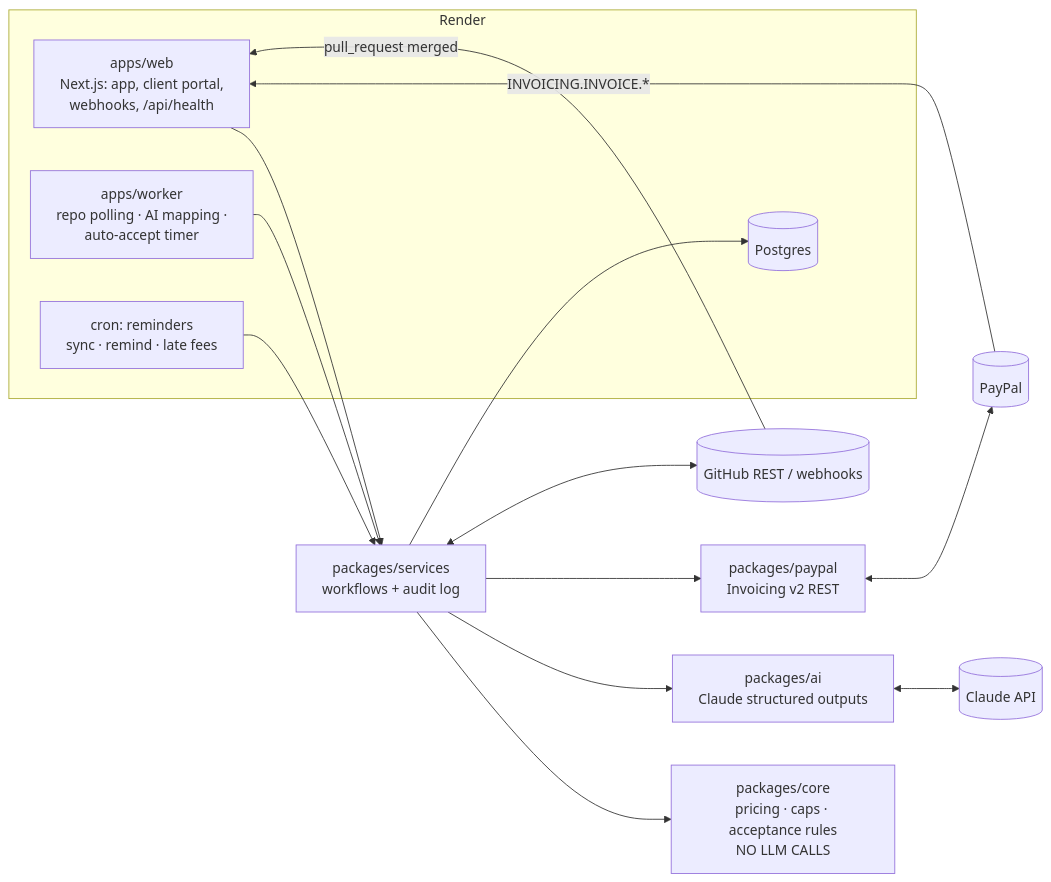
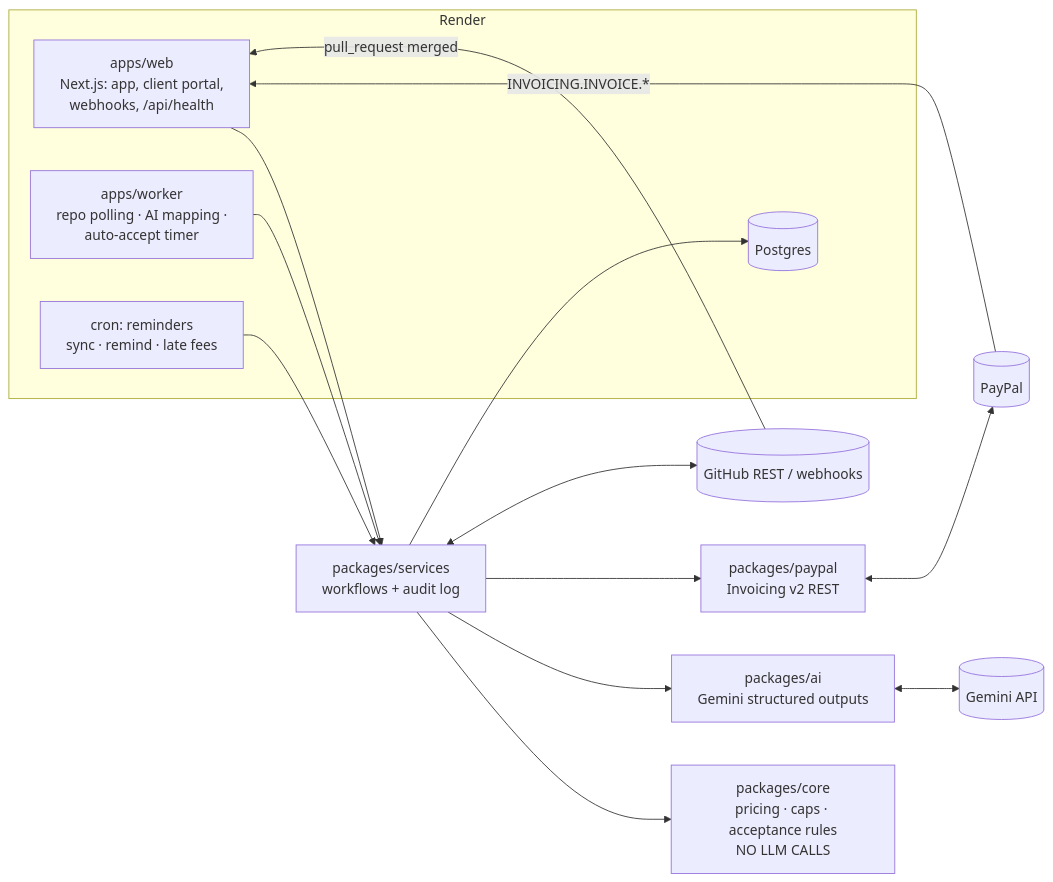
One commit to DemonDestroyerAbhi/ProofBill changed the diagram in README.md. Above: the diagram before and after it, drawn with Mermaid. The commit also changed other lines of this file and 24 other files, not shown here.

````diff
--- a/README.md
+++ b/README.md
@@ -62,19 +62,19 @@
 ```mermaid
 flowchart LR
   subgraph Render
     W[apps/web<br/>Next.js: app, client portal,<br/>webhooks, /api/health]
     K[apps/worker<br/>repo polling · AI mapping ·<br/>auto-accept timer]
     C[cron: reminders<br/>sync · remind · late fees]
     DB[(Postgres)]
   end
   W & K & C --> S[packages/services<br/>workflows + audit log]
   S --> CORE[packages/core<br/>pricing · caps · acceptance rules<br/>NO LLM CALLS]
-  S --> AI[packages/ai<br/>Claude structured outputs]
+  S --> AI[packages/ai<br/>Gemini structured outputs]
   S --> PP[packages/paypal<br/>Invoicing v2 REST]
   S --> DB
   PP <--> PAYPAL[(PayPal)]
-  AI <--> CLAUDE[(Claude API)]
+  AI <--> GEMINI[(Gemini API)]
   S <--> GH[(GitHub REST / webhooks)]
   PAYPAL -- INVOICING.INVOICE.* --> W
   GH -- pull_request merged --> W
 ```
````
